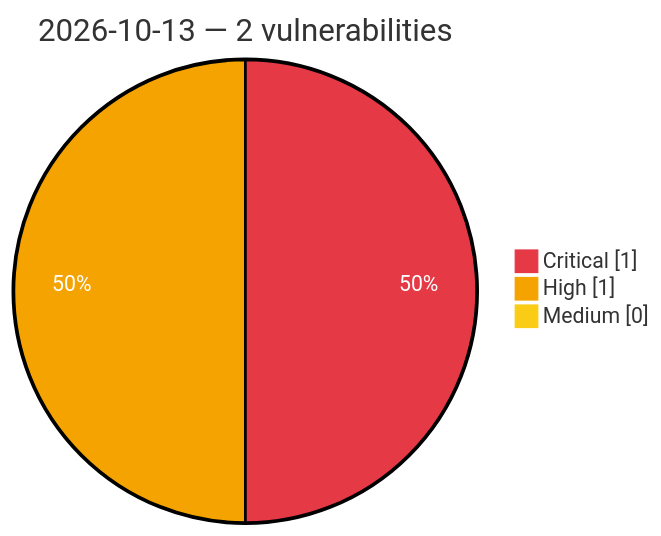
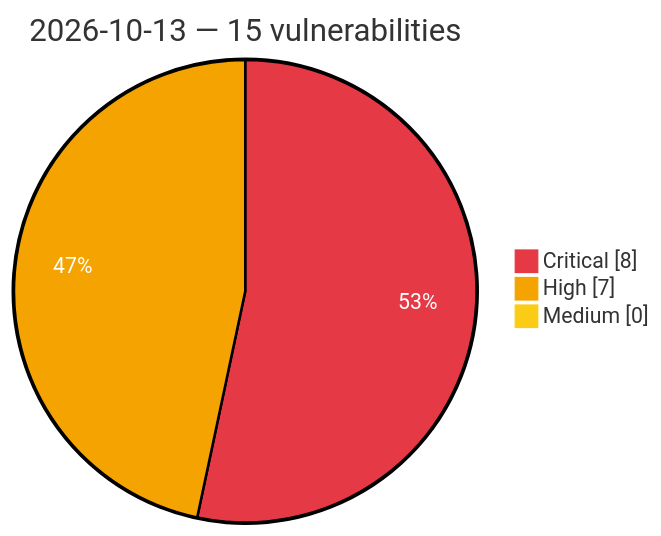
Before and after one commit to GhostX0X/vuln-tracker: the diagram in vulnerabilities/2026/October/2026-10-13.md, drawn with Mermaid. The commit also changed other lines of this file and 5 other files, not shown here.

Commit message:
Auto update: critical/high vulns (2026-10-13 08:05 UTC)

````diff
--- a/vulnerabilities/2026/October/2026-10-13.md
+++ b/vulnerabilities/2026/October/2026-10-13.md
@@ -3,8 +3,8 @@
 ```mermaid
 %%{init: {'theme':'base', 'themeVariables': {'pie1':'#e63946', 'pie2':'#f4a300', 'pie3':'#facc15', 'pieOpacity':'1', 'pieOuterStrokeWidth':'2px', 'pieSectionTextColor':'#ffffff'}}}%%
 pie showData
-    title 2026-10-13 — 2 vulnerabilities
-    "Critical" : 1
-    "High" : 1
+    title 2026-10-13 — 15 vulnerabilities
+    "Critical" : 8
+    "High" : 7
     "Medium" : 0
 ```
````
